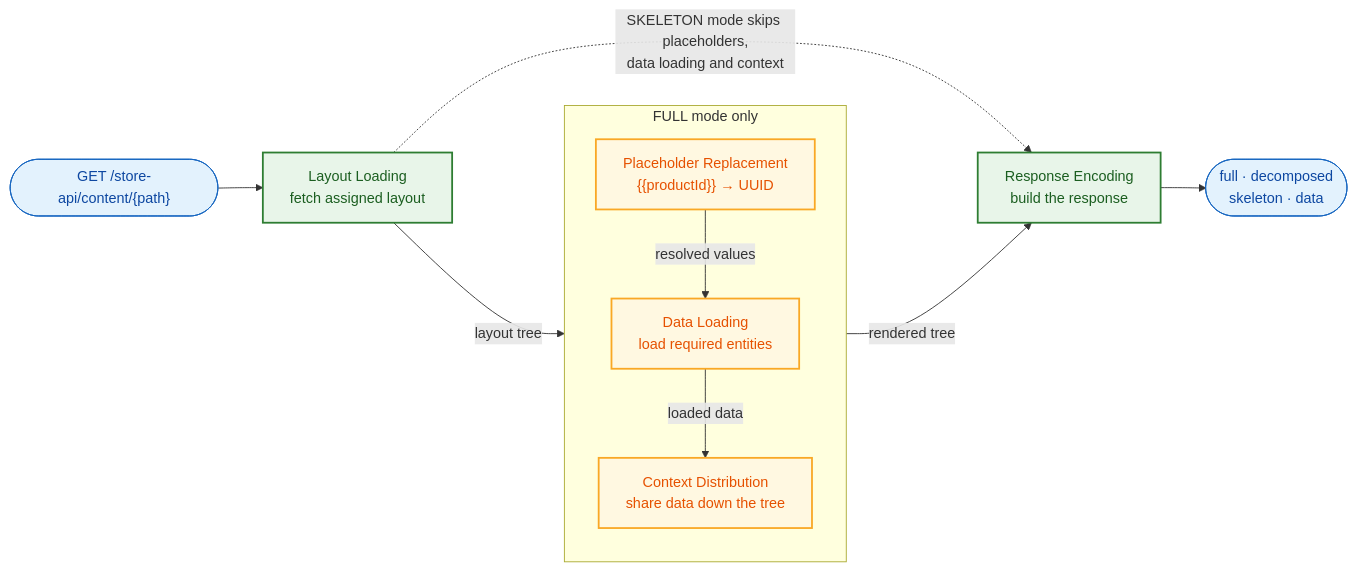
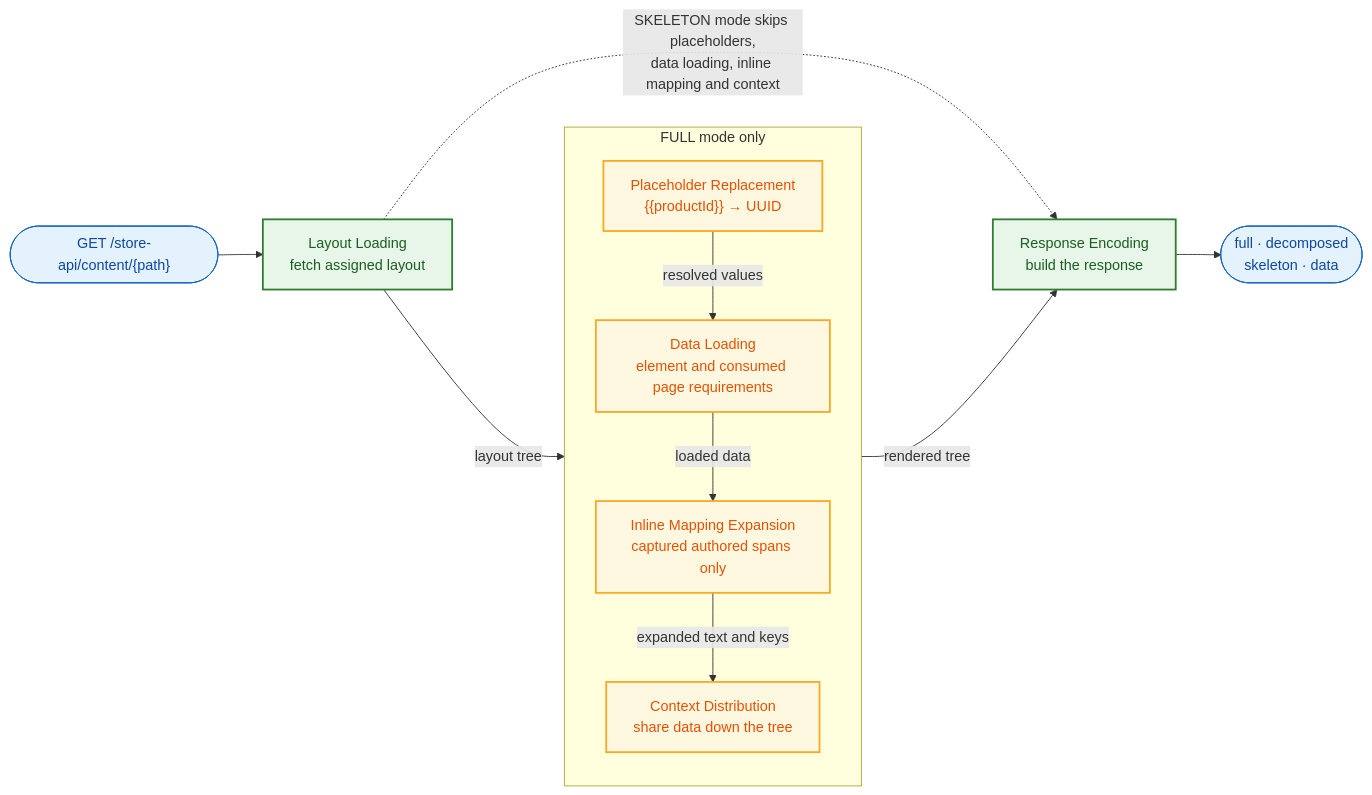
Before and after one commit to shopware/shopware: the diagram in src/Core/Framework/ContentSystem/docs/data-flow.md, drawn with Mermaid. The commit also changed other lines of this file and 379 other files, not shown here.

Commit message:
feat: Data mapping foundation (#21304)

````diff
--- a/src/Core/Framework/ContentSystem/docs/data-flow.md
+++ b/src/Core/Framework/ContentSystem/docs/data-flow.md
@@ -3,30 +3,32 @@
 ```mermaid
 graph LR
     REQ(["GET /store-api/content/{path}"]) --> A
 
     A["Layout Loading<br/>fetch assigned layout"]
 
     subgraph FULLONLY["FULL mode only"]
         direction TB
         B["Placeholder Replacement<br/>{{productId}} → UUID"]
-        C["Data Loading<br/>load required entities"]
+        C["Data Loading<br/>element and consumed page requirements"]
+        M["Inline Mapping Expansion<br/>captured authored spans only"]
         D["Context Distribution<br/>share data down the tree"]
         B -- "resolved values" --> C
-        C -- "loaded data" --> D
+        C -- "loaded data" --> M
+        M -- "expanded text and keys" --> D
     end
 
     E["Response Encoding<br/>build the response"]
     RES(["full · decomposed<br/>skeleton · data"])
 
     A -- "layout tree" --> B
     D -- "rendered tree" --> E
     E --> RES
-    A -. "SKELETON mode skips placeholders,<br/>data loading and context" .-> E
+    A -. "SKELETON mode skips placeholders,<br/>data loading, inline mapping and context" .-> E
 
     classDef io fill:#e3f2fd,stroke:#1565c0,stroke-width:1px,color:#0d47a1
     classDef step fill:#e8f5e9,stroke:#2e7d32,stroke-width:2px,color:#1b5e20
     classDef hydr fill:#fff8e1,stroke:#f9a825,stroke-width:2px,color:#e65100
     class REQ,RES io
     class A,E step
-    class B,C,D hydr
+    class B,C,M,D hydr
 ```
````
